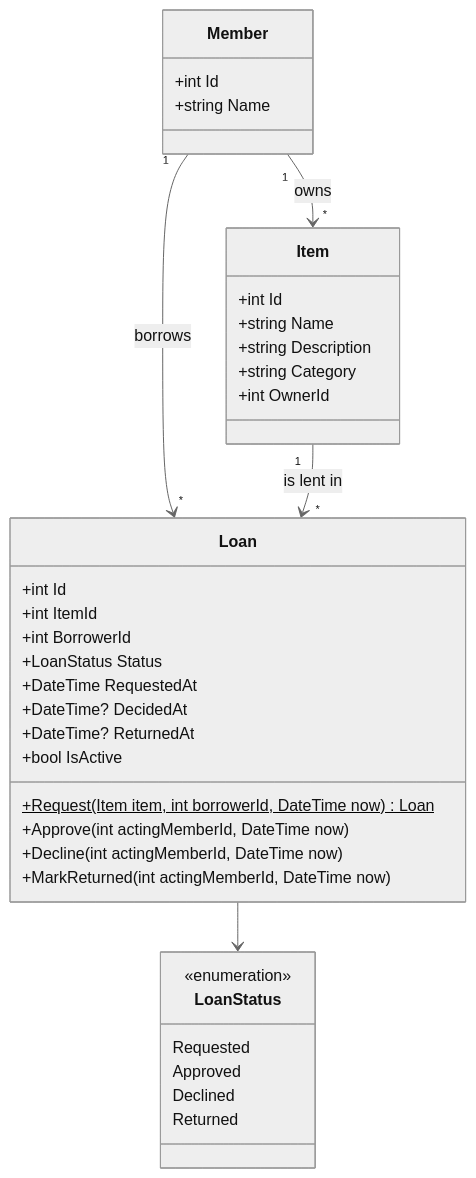
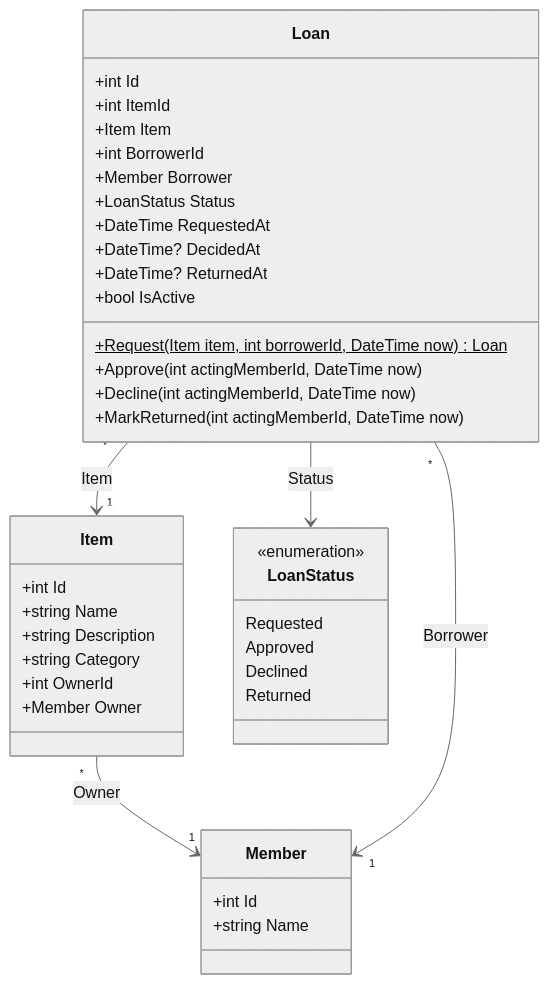
One commit to MBasiratpour/Lending-Board changed the second of 3 diagrams in docs/uml.md. Above: the diagram before and after it, drawn with Mermaid (neutral theme). The commit also changed other lines of this file and 12 other files, not shown here.

````diff
--- a/docs/uml.md
+++ b/docs/uml.md
@@ -7,43 +53,46 @@
 ```mermaid
 classDiagram
     class Member {
         +int Id
         +string Name
     }
 
     class Item {
         +int Id
         +string Name
         +string Description
         +string Category
         +int OwnerId
+        +Member Owner
     }
 
     class Loan {
         +int Id
         +int ItemId
+        +Item Item
         +int BorrowerId
+        +Member Borrower
         +LoanStatus Status
         +DateTime RequestedAt
         +DateTime? DecidedAt
         +DateTime? ReturnedAt
         +bool IsActive
         +Request(Item item, int borrowerId, DateTime now)$ Loan
         +Approve(int actingMemberId, DateTime now)
         +Decline(int actingMemberId, DateTime now)
         +MarkReturned(int actingMemberId, DateTime now)
     }
 
     class LoanStatus {
         <<enumeration>>
         Requested
         Approved
         Declined
         Returned
     }
 
-    Member "1" --> "*" Item : owns
-    Member "1" --> "*" Loan : borrows
-    Item "1" --> "*" Loan : is lent in
-    Loan --> LoanStatus
+    Item "*" --> "1" Member : Owner
+    Loan "*" --> "1" Item : Item
+    Loan "*" --> "1" Member : Borrower
+    Loan --> LoanStatus : Status
 ```
````
